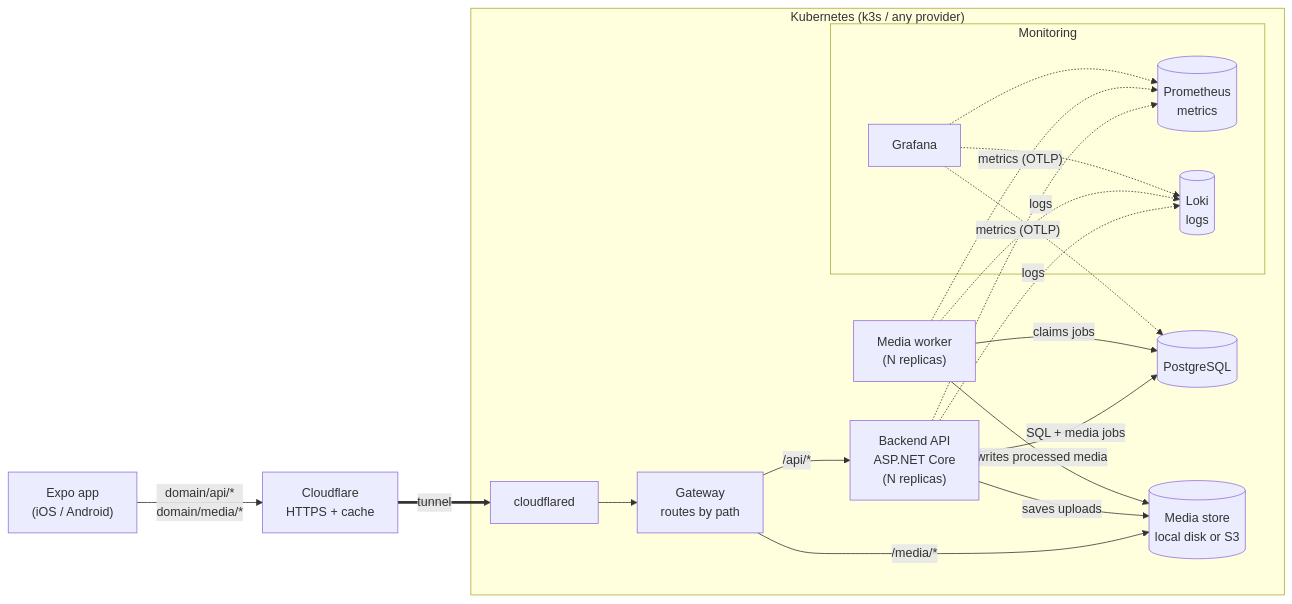
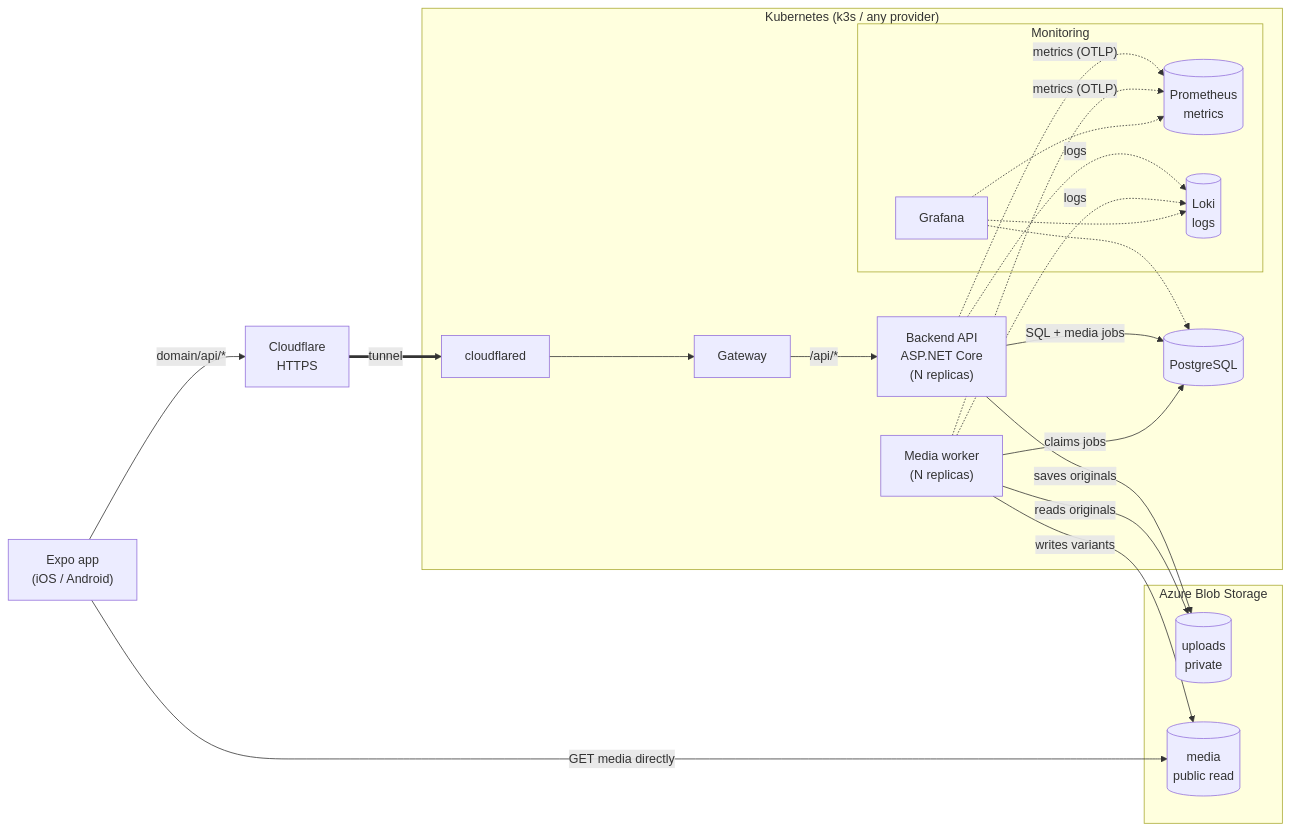
The first of 2 diagrams in ServiceDiagram.md (Aarhus-tech-project/2026q4-h5-projektstyring-og-app-programmering-group-2), drawn with Mermaid before and after one commit. The commit also changed other lines of this file, not shown here.

First line of the commit message:
Switch media storage to Azure Blob Storage in service diagram

````diff
--- a/ServiceDiagram.md
+++ b/ServiceDiagram.md
@@ -3,42 +3,47 @@
 ```mermaid
 flowchart LR
     app["Expo app<br/>(iOS / Android)"]
-    cf["Cloudflare<br/>HTTPS + cache"]
+    cf["Cloudflare<br/>HTTPS"]
+
+    subgraph azure["Azure Blob Storage"]
+        uploads[("uploads<br/>private")]
+        media[("media<br/>public read")]
+    end
 
     subgraph k8s["Kubernetes (k3s / any provider)"]
         tunnel["cloudflared"]
-        gw["Gateway<br/>routes by path"]
+        gw["Gateway"]
 
         backend["Backend API<br/>ASP.NET Core<br/>(N replicas)"]
         worker["Media worker<br/>(N replicas)"]
 
         db[("PostgreSQL")]
-        store[("Media store<br/>local disk or S3")]
 
         subgraph obs["Monitoring"]
             prom[("Prometheus<br/>metrics")]
             loki[("Loki<br/>logs")]
             grafana["Grafana"]
         end
     end
 
-    app -- "domain/api/*<br/>domain/media/*" --> cf
+    app -- "domain/api/*" --> cf
     cf == "tunnel" ==> tunnel
     tunnel --> gw
+    gw -- "/api/*" --> backend
 
-    gw -- "/api/*" --> backend
-    gw -- "/media/*" --> store
+    app -- "GET media directly" --> media
 
     backend -- "SQL + media jobs" --> db
     worker -- "claims jobs" --> db
-    backend -- "saves uploads" --> store
-    worker -- "writes processed media" --> store
+    backend -- "saves originals" --> uploads
+    worker -- "reads originals" --> uploads
+    worker -- "writes variants" --> media
 
     backend -. "logs" .-> loki
     worker -. "logs" .-> loki
     backend -. "metrics (OTLP)" .-> prom
     worker -. "metrics (OTLP)" .-> prom
     grafana -.-> prom
     grafana -.-> loki
     grafana -.-> db
 ```
````
